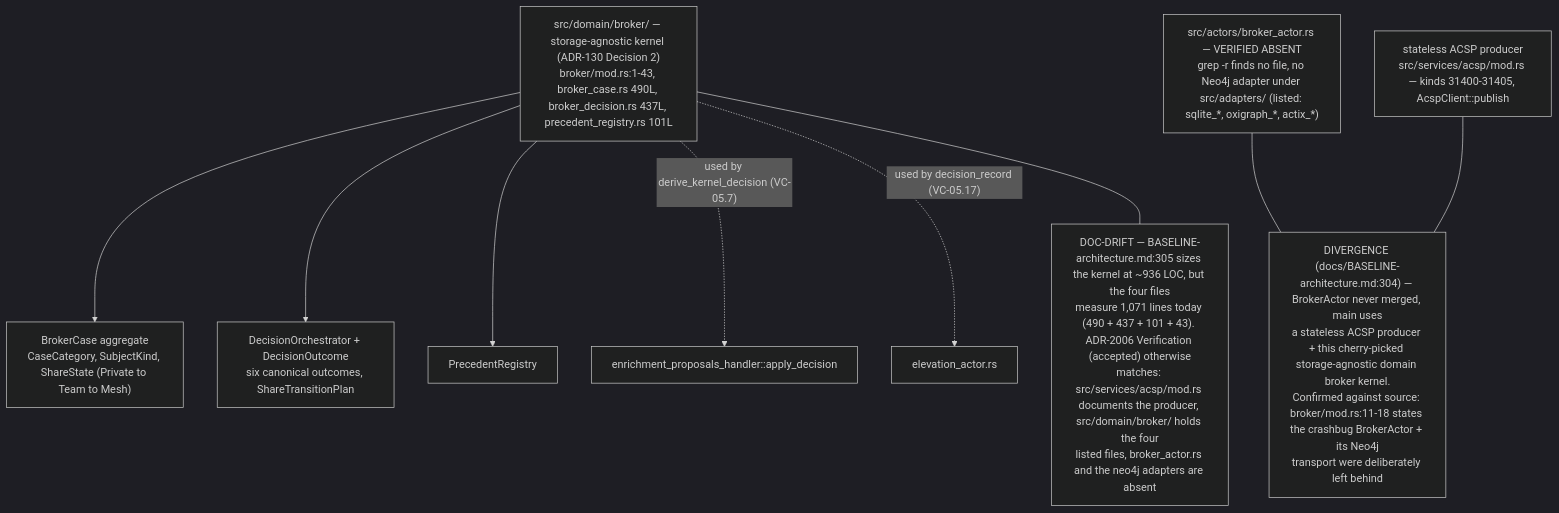
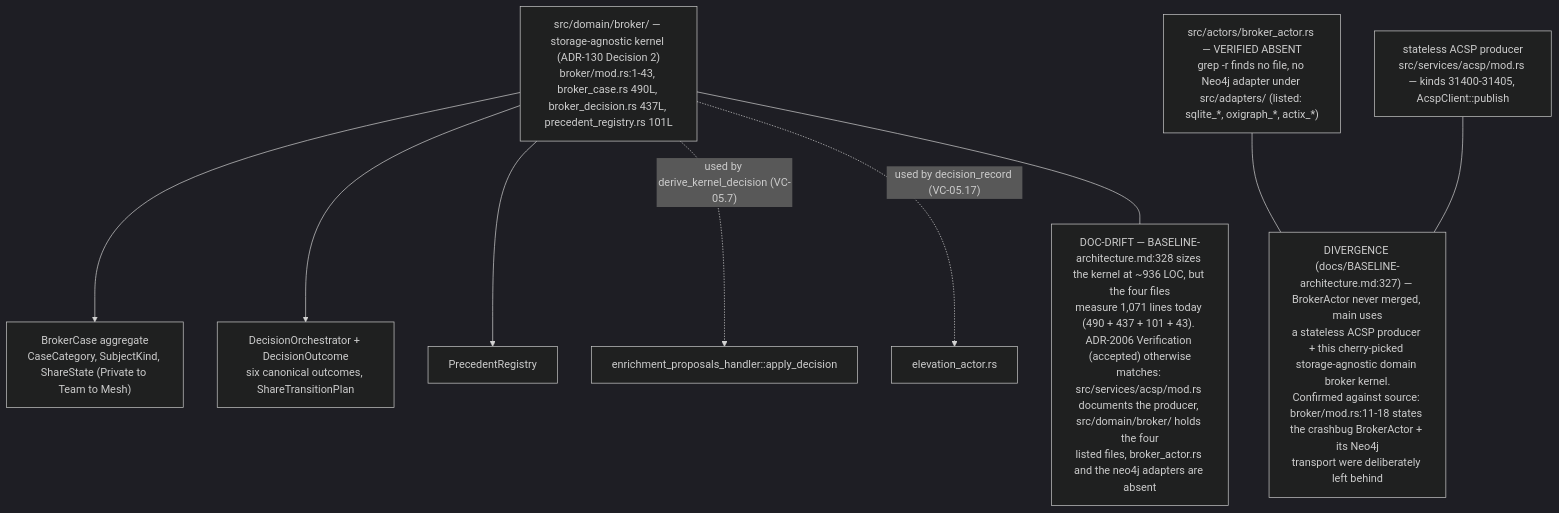
One commit to DreamLab-AI/VisionFlow changed diagram 15 of 15 in docs/diagrams/visionclaw/05-handlers-governance-and-identity.md. Above: the diagram before and after it, drawn with Mermaid (dark theme). The commit also changed other lines of this file and 173 other files, not shown here.

````diff
--- a/docs/diagrams/visionclaw/05-handlers-governance-and-identity.md
+++ b/docs/diagrams/visionclaw/05-handlers-governance-and-identity.md
@@ -792,19 +815,19 @@
 ```mermaid
 flowchart TB
     KERNEL["src/domain/broker/ — storage-agnostic kernel (ADR-130 Decision 2)<br/>broker/mod.rs:1-43, broker_case.rs 490L, broker_decision.rs 437L, precedent_registry.rs 101L"]
     BC["BrokerCase aggregate<br/>CaseCategory, SubjectKind, ShareState (Private to Team to Mesh)"]
     BD["DecisionOrchestrator + DecisionOutcome<br/>six canonical outcomes, ShareTransitionPlan"]
     PR["PrecedentRegistry"]
     KERNEL --> BC
     KERNEL --> BD
     KERNEL --> PR
     ACSP["stateless ACSP producer<br/>src/services/acsp/mod.rs — kinds 31400-31405, AcspClient::publish"]
     ABSENT["src/actors/broker_actor.rs — VERIFIED ABSENT<br/>grep -r finds no file, no Neo4j adapter under src/adapters/ (listed: sqlite_*, oxigraph_*, actix_*)"]
     KERNEL -.->|"used by derive_kernel_decision (VC-05.7)"| CALLER["enrichment_proposals_handler::apply_decision"]
     KERNEL -.->|"used by decision_record (VC-05.17)"| CALLER2["elevation_actor.rs"]
-    N1["DIVERGENCE (docs/BASELINE-architecture.md:304) — BrokerActor never merged, main uses<br/>a stateless ACSP producer + this cherry-picked storage-agnostic domain broker kernel.<br/>Confirmed against source: broker/mod.rs:11-18 states the crashbug BrokerActor + its Neo4j<br/>transport were deliberately left behind"]
+    N1["DIVERGENCE (docs/BASELINE-architecture.md:327) — BrokerActor never merged, main uses<br/>a stateless ACSP producer + this cherry-picked storage-agnostic domain broker kernel.<br/>Confirmed against source: broker/mod.rs:11-18 states the crashbug BrokerActor + its Neo4j<br/>transport were deliberately left behind"]
     ABSENT --- N1
     ACSP --- N1
-    N2["DOC-DRIFT — BASELINE-architecture.md:305 sizes the kernel at ~936 LOC, but the four files<br/>measure 1,071 lines today (490 + 437 + 101 + 43). ADR-2006 Verification (accepted) otherwise<br/>matches: src/services/acsp/mod.rs documents the producer, src/domain/broker/ holds the four<br/>listed files, broker_actor.rs and the neo4j adapters are absent"]
+    N2["DOC-DRIFT — BASELINE-architecture.md:328 sizes the kernel at ~936 LOC, but the four files<br/>measure 1,071 lines today (490 + 437 + 101 + 43). ADR-2006 Verification (accepted) otherwise<br/>matches: src/services/acsp/mod.rs documents the producer, src/domain/broker/ holds the four<br/>listed files, broker_actor.rs and the neo4j adapters are absent"]
     KERNEL --- N2
 ```
````
